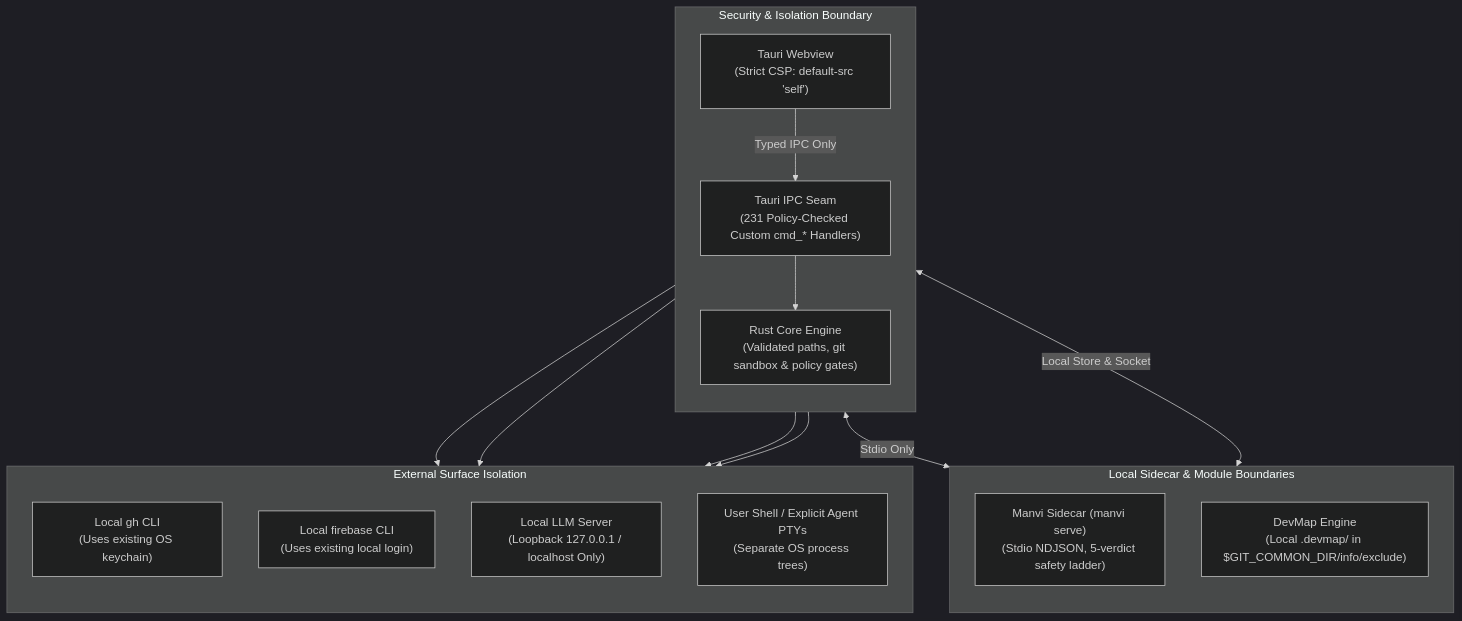
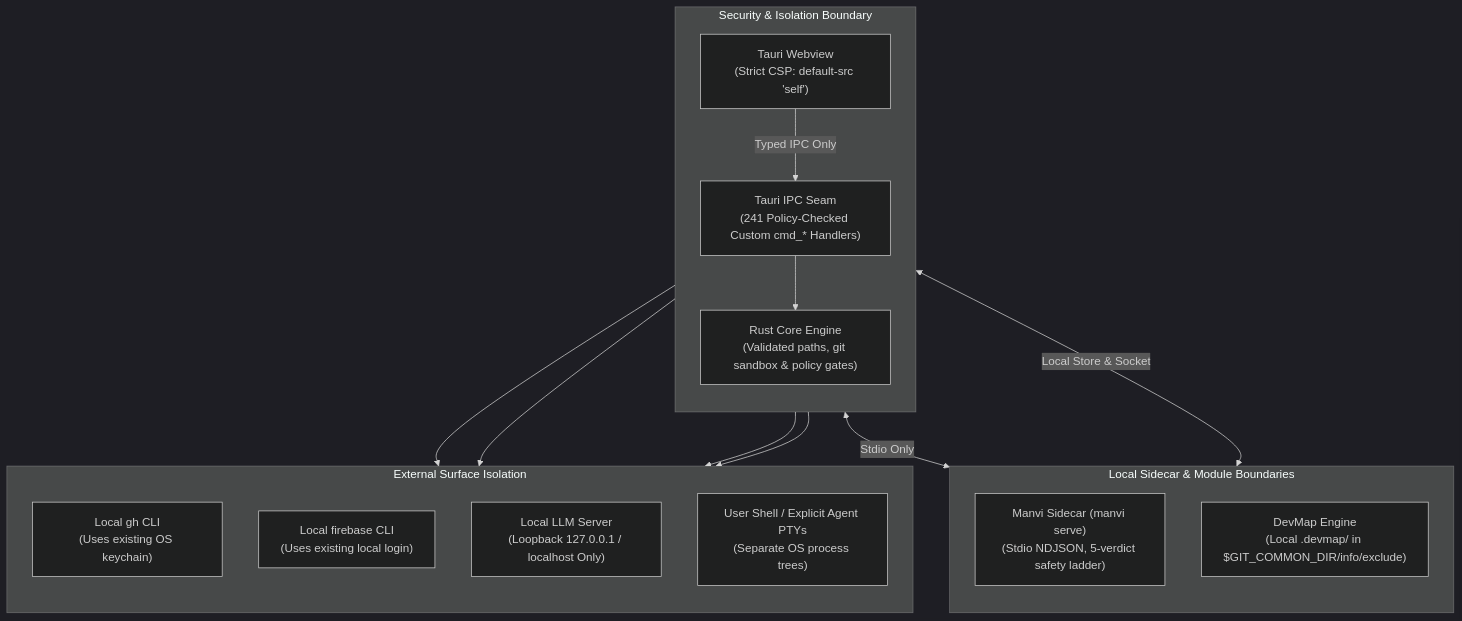
One commit to bharathvbcr/GitPulse changed the diagram in docs/SECURITY.md. Above: the diagram before and after it, drawn with Mermaid (dark theme). The commit also changed 75 other files, not shown here.

````diff
--- a/docs/SECURITY.md
+++ b/docs/SECURITY.md
@@ -12,33 +12,33 @@
 ```mermaid
 flowchart TD
     subgraph Boundary["Security & Isolation Boundary"]
         direction TB
         Webview["Tauri Webview<br/>(Strict CSP: default-src 'self')"]
-        IPCBoundary["Tauri IPC Seam<br/>(231 Policy-Checked Custom cmd_* Handlers)"]
+        IPCBoundary["Tauri IPC Seam<br/>(241 Policy-Checked Custom cmd_* Handlers)"]
         LocalEngine["Rust Core Engine<br/>(Validated paths, git sandbox & policy gates)"]
         
         Webview -->|Typed IPC Only| IPCBoundary
         IPCBoundary --> LocalEngine
     end
 
     subgraph SidecarIsolation["Local Sidecar & Module Boundaries"]
         direction TB
         ManviSidecar["Manvi Sidecar (manvi serve)<br/>(Stdio NDJSON, 5-verdict safety ladder)"]
         DevMapGate["DevMap Engine<br/>(Local .devmap/ in $GIT_COMMON_DIR/info/exclude)"]
     end
 
     subgraph ExternalSurfaces["External Surface Isolation"]
         direction TB
         LocalGH["Local gh CLI<br/>(Uses existing OS keychain)"]
         LocalFB["Local firebase CLI<br/>(Uses existing local login)"]
         LocalAI["Local LLM Server<br/>(Loopback 127.0.0.1 / localhost Only)"]
         PTY["User Shell / Explicit Agent PTYs<br/>(Separate OS process trees)"]
     end
 
     LocalEngine <-->|Stdio Only| ManviSidecar
     LocalEngine <-->|Local Store & Socket| DevMapGate
     LocalEngine --> LocalGH
     LocalEngine --> LocalFB
     LocalEngine --> LocalAI
     LocalEngine --> PTY
 ```
````
